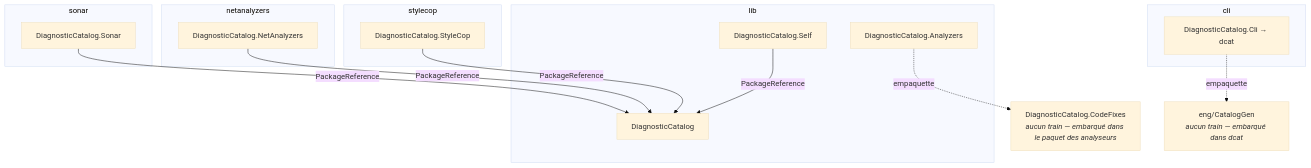
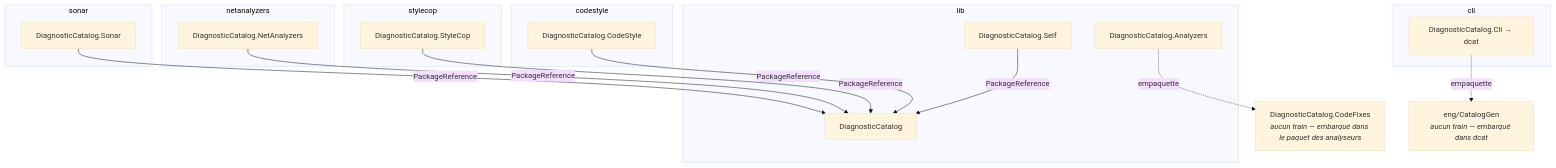
The diagram in doc/guide/release-trains.fr.md (Reefact/diagnostic-catalog), drawn with Mermaid (base theme) before and after one commit. The commit also changed other lines of this file and 40 other files, not shown here.

````diff
--- a/doc/guide/release-trains.fr.md
+++ b/doc/guide/release-trains.fr.md
@@ -56,28 +57,32 @@
 ```mermaid
 flowchart TB
     subgraph LIB["lib"]
         F["DiagnosticCatalog"]
         A["DiagnosticCatalog.Analyzers"]
         SELF["DiagnosticCatalog.Self"]
     end
     subgraph CLIT["cli"]
         C["DiagnosticCatalog.Cli → dcat"]
     end
     subgraph S["sonar"]
         SO["DiagnosticCatalog.Sonar"]
     end
     subgraph N["netanalyzers"]
         NA["DiagnosticCatalog.NetAnalyzers"]
     end
     subgraph T["stylecop"]
         SC["DiagnosticCatalog.StyleCop"]
     end
+    subgraph I["codestyle"]
+        CS["DiagnosticCatalog.CodeStyle"]
+    end
     CF["DiagnosticCatalog.CodeFixes<br/><i>aucun train — embarqué dans le paquet des analyseurs</i>"]
     GEN["eng/CatalogGen<br/><i>aucun train — embarqué dans dcat</i>"]
     A -. "empaquette" .-> CF
     C -. "empaquette" .-> GEN
     SO -- "PackageReference" --> F
     NA -- "PackageReference" --> F
     SC -- "PackageReference" --> F
+    CS -- "PackageReference" --> F
     SELF -- "PackageReference" --> F
 ```
````
